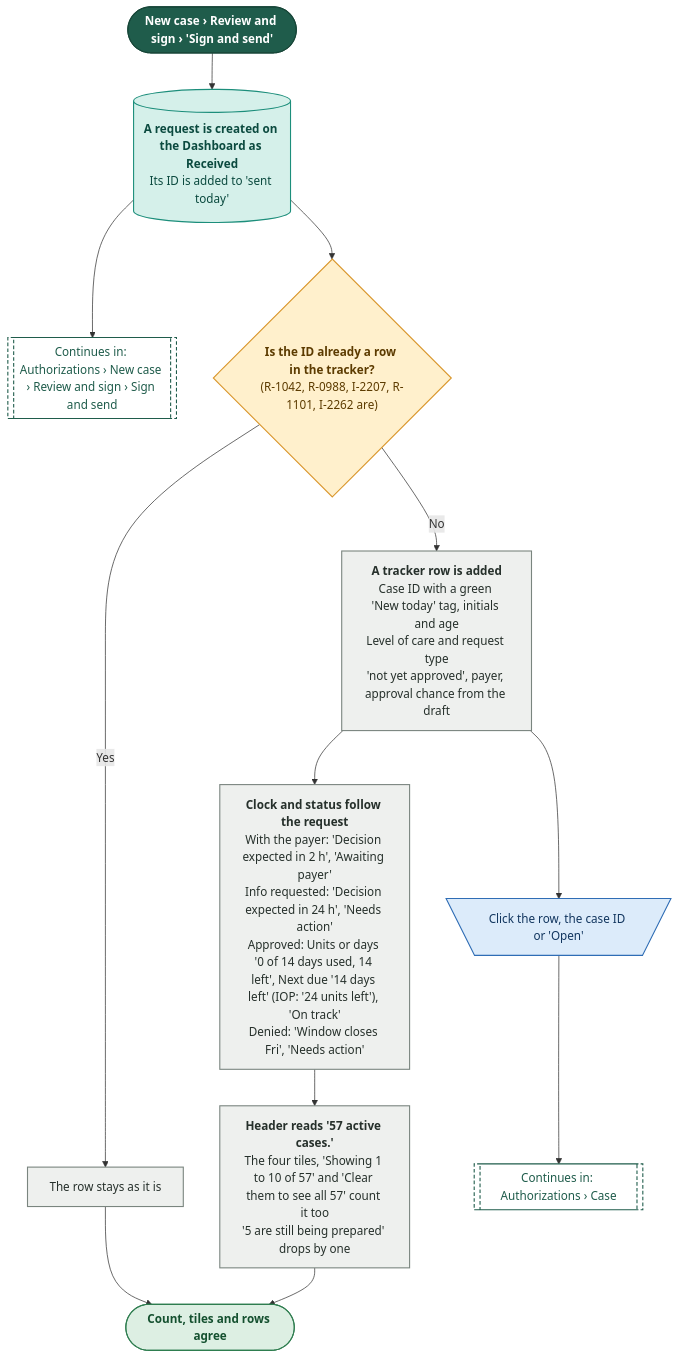
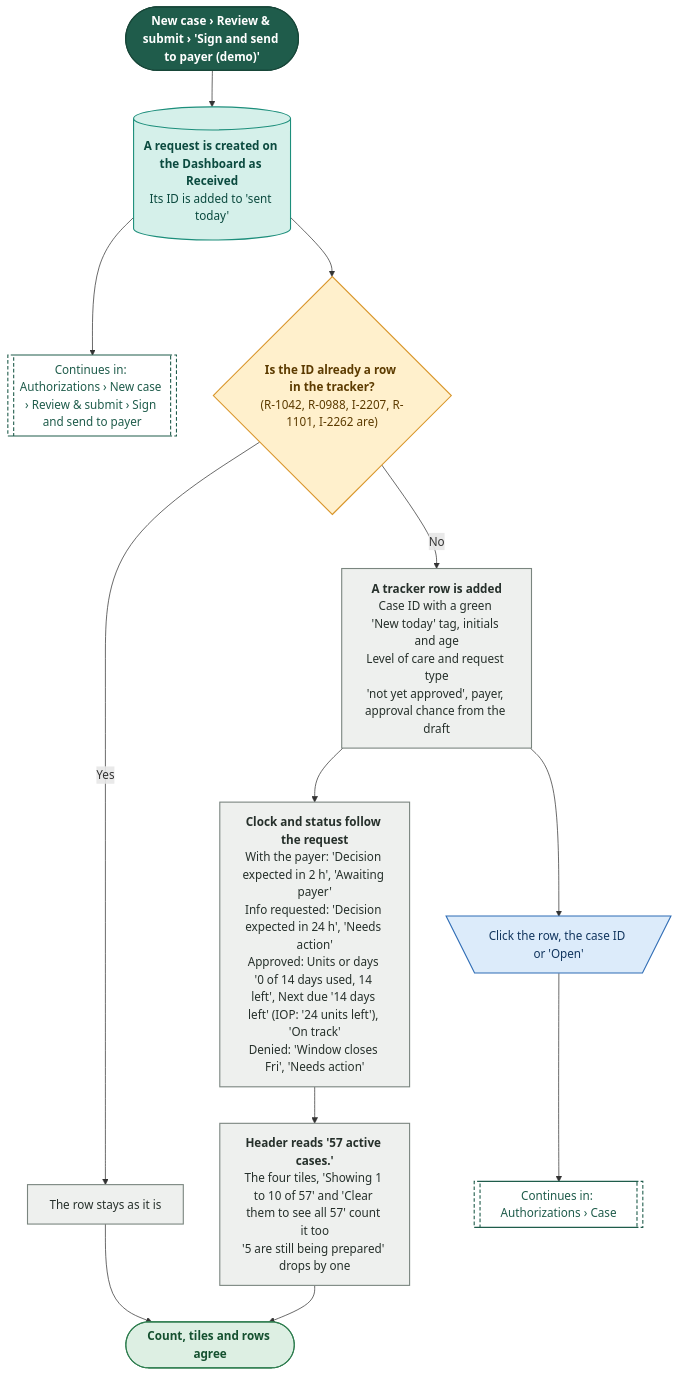
Before and after one commit to Shrav143/psyfloapp: diagram 12 of 24 in demos/prior-auth-demo/workflows/out/md/07-case-manager.md, drawn with Mermaid. The commit also changed other lines of this file and 251 other files, not shown here.

First line of the commit message:
docs: rebuild the workflow diagrams (291) for round 4

````diff
--- a/demos/prior-auth-demo/workflows/out/md/07-case-manager.md
+++ b/demos/prior-auth-demo/workflows/out/md/07-case-manager.md
@@ -833,43 +845,43 @@
 ```mermaid
 %%{init: {"theme":"base","themeVariables":{"fontFamily":"'DM Sans', 'Segoe UI', system-ui, sans-serif","fontSize":"15px","lineColor":"#5B6B63","primaryTextColor":"#1C2B25","clusterBkg":"#FBF8F3","clusterBorder":"#D9CDBB","edgeLabelBackground":"#FFFFFF"},"flowchart":{"curve":"basis","nodeSpacing":36,"rankSpacing":48,"padding":12,"htmlLabels":true,"useMaxWidth":false,"wrappingWidth":230}} }%%
 flowchart TD
   classDef k_start fill:#1F5C4B,stroke:#174638,color:#FFFFFF,stroke-width:1.5px,font-weight:600
   classDef k_end fill:#DDEFE3,stroke:#2E7D4F,color:#14502F,stroke-width:1.5px,font-weight:600
   classDef k_endx fill:#FBE3E0,stroke:#C0392B,color:#7A1F16,stroke-width:1.5px,font-weight:600
   classDef k_screen fill:#FFFDF8,stroke:#1F5C4B,color:#1C2B25,stroke-width:2px
   classDef k_overlay fill:#F1F7F3,stroke:#1F5C4B,color:#1C2B25,stroke-width:2px,stroke-dasharray:5 3
   classDef k_click fill:#DCEBFA,stroke:#2F6DB5,color:#12365F,stroke-width:1.5px
   classDef k_input fill:#E4E7FF,stroke:#4C5FD5,color:#1D2670,stroke-width:1.5px
   classDef k_process fill:#EEF0EE,stroke:#7A857F,color:#26302B,stroke-width:1.5px
   classDef k_agent fill:#EEE5FA,stroke:#7A4FC2,color:#341A63,stroke-width:1.5px
   classDef k_decision fill:#FFF0CC,stroke:#D9962B,color:#5C3B00,stroke-width:1.5px
   classDef k_store fill:#D5F0EA,stroke:#1C8E7B,color:#0B4A3F,stroke-width:1.5px
   classDef k_doc fill:#F6E9DC,stroke:#B07A4C,color:#4A2E14,stroke-width:1.5px
   classDef k_ext fill:#FFE6D2,stroke:#E07B39,color:#6B2F06,stroke-width:1.5px
   classDef k_wait fill:#E4E8EE,stroke:#6B7C93,color:#26303D,stroke-width:1.5px
   classDef k_toast fill:#FFF9DB,stroke:#C9A400,color:#5A4A00,stroke-width:1.5px
   classDef k_goto fill:#FFFFFF,stroke:#1F5C4B,color:#1F5C4B,stroke-width:1.5px,stroke-dasharray:5 3
-  s1@{ shape: stadium, label: "New case › Review and sign › 'Sign and send'" }
+  s1@{ shape: stadium, label: "New case › Review & submit › 'Sign and send to payer (demo)'" }
   st1@{ shape: cyl, label: "<b>A request is created on the Dashboard as Received</b><br/>Its ID is added to 'sent today'" }
-  g1@{ shape: subproc, label: "Continues in: Authorizations › New case › Review and sign › Sign and send" }
+  g1@{ shape: subproc, label: "Continues in: Authorizations › New case › Review & submit › Sign and send to payer" }
   d1@{ shape: diam, label: "<b>Is the ID already a row in the tracker?</b><br/>(R-1042, R-0988, I-2207, R-1101, I-2262 are)" }
   p1@{ shape: rect, label: "The row stays as it is" }
   p2@{ shape: rect, label: "<b>A tracker row is added</b><br/>Case ID with a green 'New today' tag, initials and age<br/>Level of care and request type<br/>'not yet approved', payer, approval chance from the draft" }
   p3@{ shape: rect, label: "<b>Clock and status follow the request</b><br/>With the payer: 'Decision expected in 2 h', 'Awaiting payer'<br/>Info requested: 'Decision expected in 24 h', 'Needs action'<br/>Approved: Units or days '0 of 14 days used, 14 left', Next due '14 days left' (IOP: '24 units left'), 'On track'<br/>Denied: 'Window closes Fri', 'Needs action'" }
   p4@{ shape: rect, label: "<b>Header reads '57 active cases.'</b><br/>The four tiles, 'Showing 1 to 10 of 57' and 'Clear them to see all 57' count it too<br/>'5 are still being prepared' drops by one" }
   c1@{ shape: trap-t, label: "Click the row, the case ID or 'Open'" }
   g2@{ shape: subproc, label: "Continues in: Authorizations › Case" }
   e1@{ shape: stadium, label: "Count, tiles and rows agree" }
   s1 --> st1 --> g1
   st1 --> d1
   d1 -->|"Yes"| p1 --> e1
   d1 -->|"No"| p2 --> p3 --> p4 --> e1
   p2 --> c1 --> g2
   class s1 k_start
   class st1 k_store
   class g1,g2 k_goto
   class d1 k_decision
   class p1,p2,p3,p4 k_process
   class c1 k_click
   class e1 k_end
 ```
````
